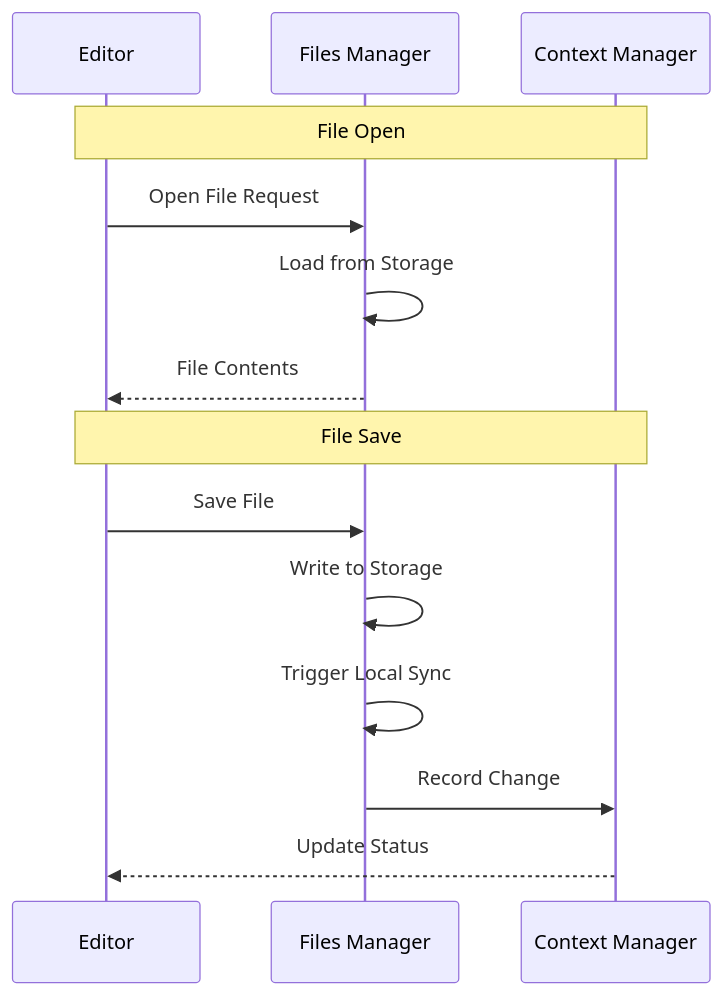
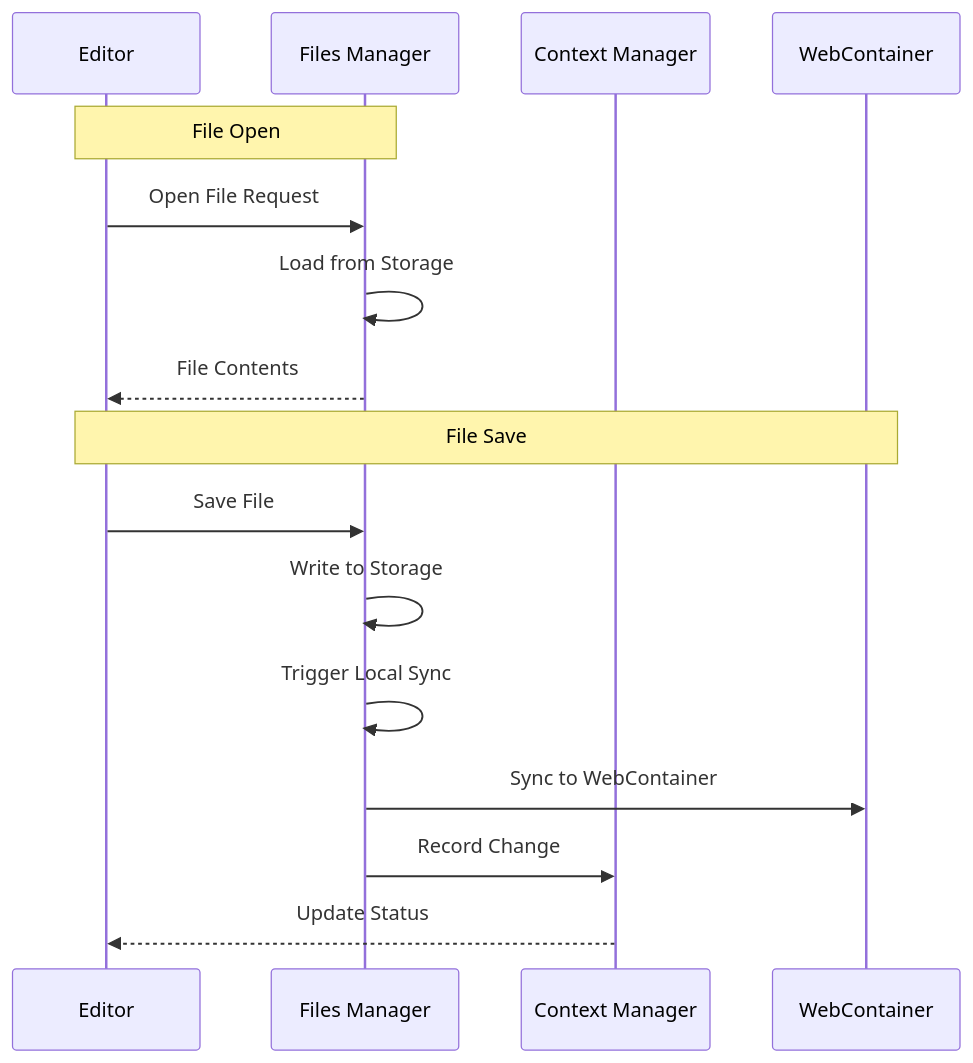
Before and after one commit to mrsimpson/piddie: the third of 16 diagrams in architecture.md, drawn with Mermaid. The commit also changed other lines of this file, not shown here.

````diff
--- a/architecture.md
+++ b/architecture.md
@@ -99,18 +103,20 @@
 ```mermaid
 sequenceDiagram
     participant ED as Editor
     participant FM as Files Manager
     participant CM as Context Manager
+    participant WC as WebContainer
     
-    Note over ED,CM: File Open
+    Note over ED,FM: File Open
     ED->>FM: Open File Request
     FM->>FM: Load from Storage
     FM-->>ED: File Contents
     
-    Note over ED,CM: File Save
+    Note over ED,WC: File Save
     ED->>FM: Save File
     FM->>FM: Write to Storage
     FM->>FM: Trigger Local Sync
+    FM->>WC: Sync to WebContainer
     FM->>CM: Record Change
     CM-->>ED: Update Status
 ```
````
